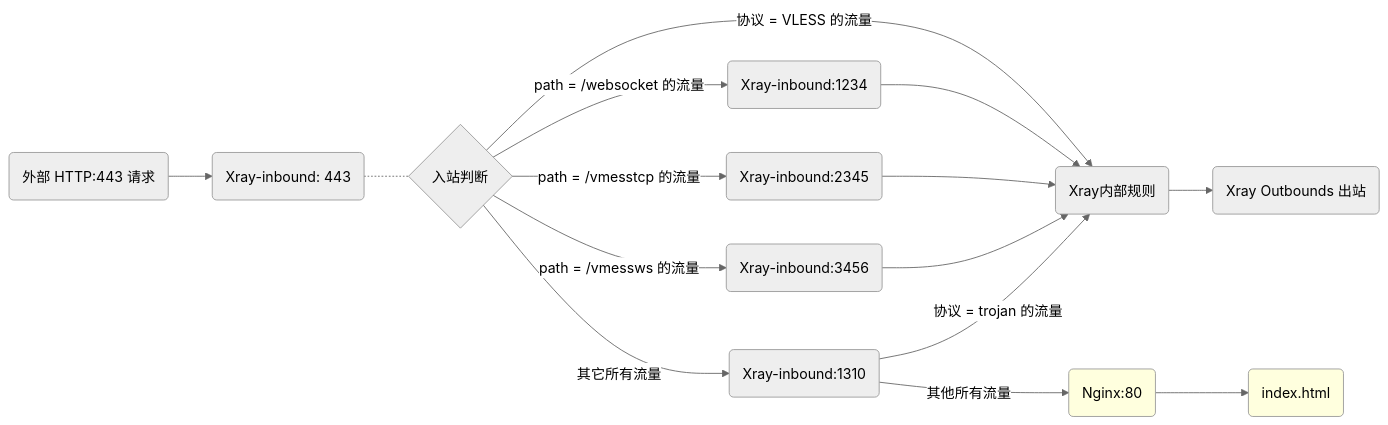
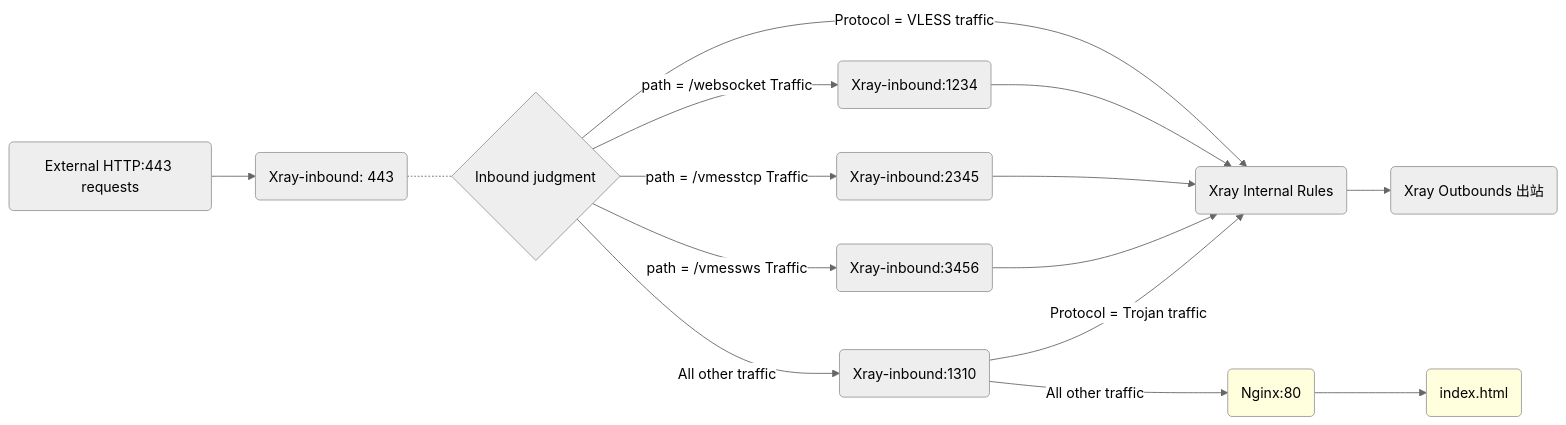
One commit to XTLS/Xray-docs-next changed the third of 3 diagrams in docs/en/document/level-1/fallbacks-lv1.md. Above: the diagram before and after it, drawn with Mermaid (neutral theme). The commit also changed other lines of this file, not shown here.

````diff
--- a/docs/en/document/level-1/fallbacks-lv1.md
+++ b/docs/en/document/level-1/fallbacks-lv1.md
@@ -362,24 +363,24 @@
 ```mermaid
     graph LR;
 
-    W443(外部 HTTP:443 请求) --> X443(Xray-inbound: 443) .- X1{入站判断}
-    X1 --> |协议 = VLESS 的流量| X2(Xray内部规则)
+    W443(External HTTP:443 requests) --> X443(Xray-inbound: 443) .- X1{Inbound judgment}
+    X1 --> |Protocol = VLESS traffic| X2(Xray Internal Rules)
     X2 --> XO(Xray Outbounds 出站)
 
-    X1 --> |path = /websocket 的流量| X1234(Xray-inbound:1234)
-    X1 --> |path = /vmesstcp 的流量| X2345(Xray-inbound:2345)
-    X1 --> |path = /vmessws 的流量| X3456(Xray-inbound:3456)
-    X1 --> |其它所有流量| X1310(Xray-inbound:1310)
+    X1 --> |path = /websocket Traffic| X1234(Xray-inbound:1234)
+    X1 --> |path = /vmesstcp Traffic| X2345(Xray-inbound:2345)
+    X1 --> |path = /vmessws Traffic| X3456(Xray-inbound:3456)
+    X1 --> |All other traffic| X1310(Xray-inbound:1310)
 
     X1234 --> X2
     X2345 --> X2
     X3456 --> X2
 
-    X1310 --> |协议 = trojan 的流量| X2
-    X1310 --> |其他所有流量| N80(Nginx:80)
+    X1310 --> |Protocol = Trojan traffic| X2
+    X1310 --> |All other traffic| N80(Nginx:80)
 
     N80:::nginxclass --> H(index.html)
 
     H:::nginxclass
     classDef nginxclass fill:#FFFFDE
 ```
````
